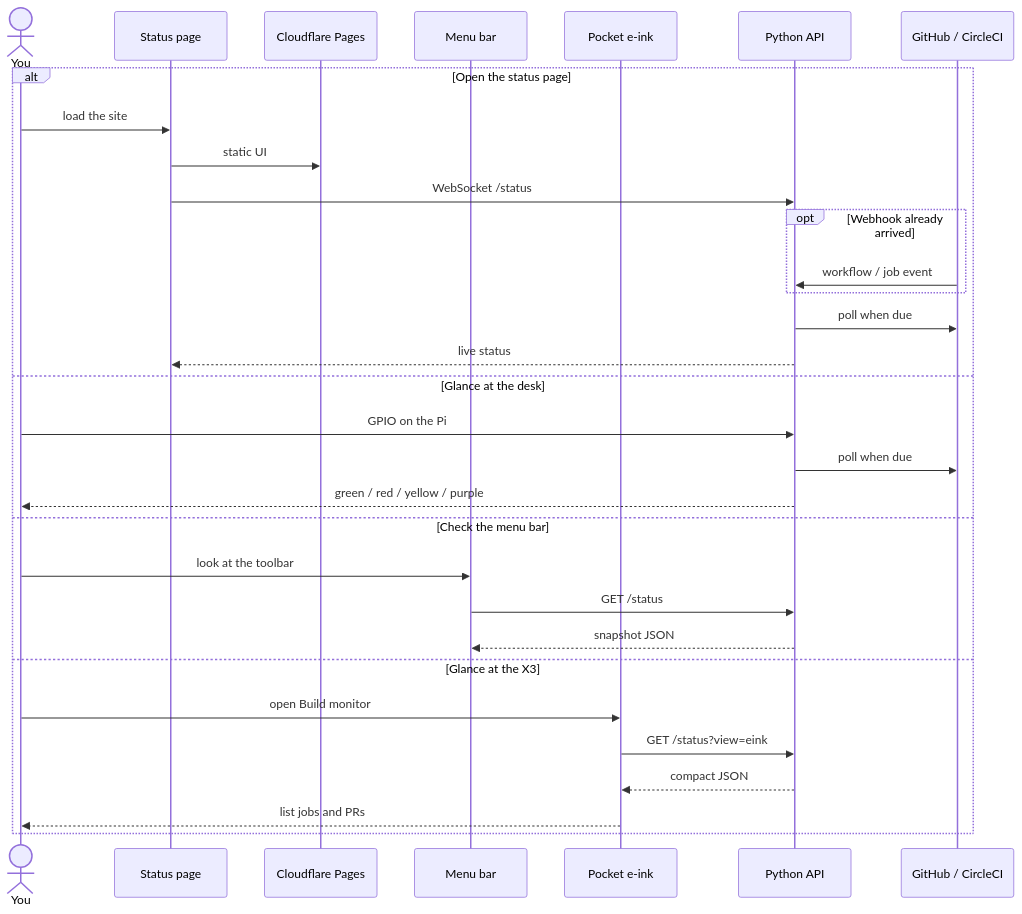
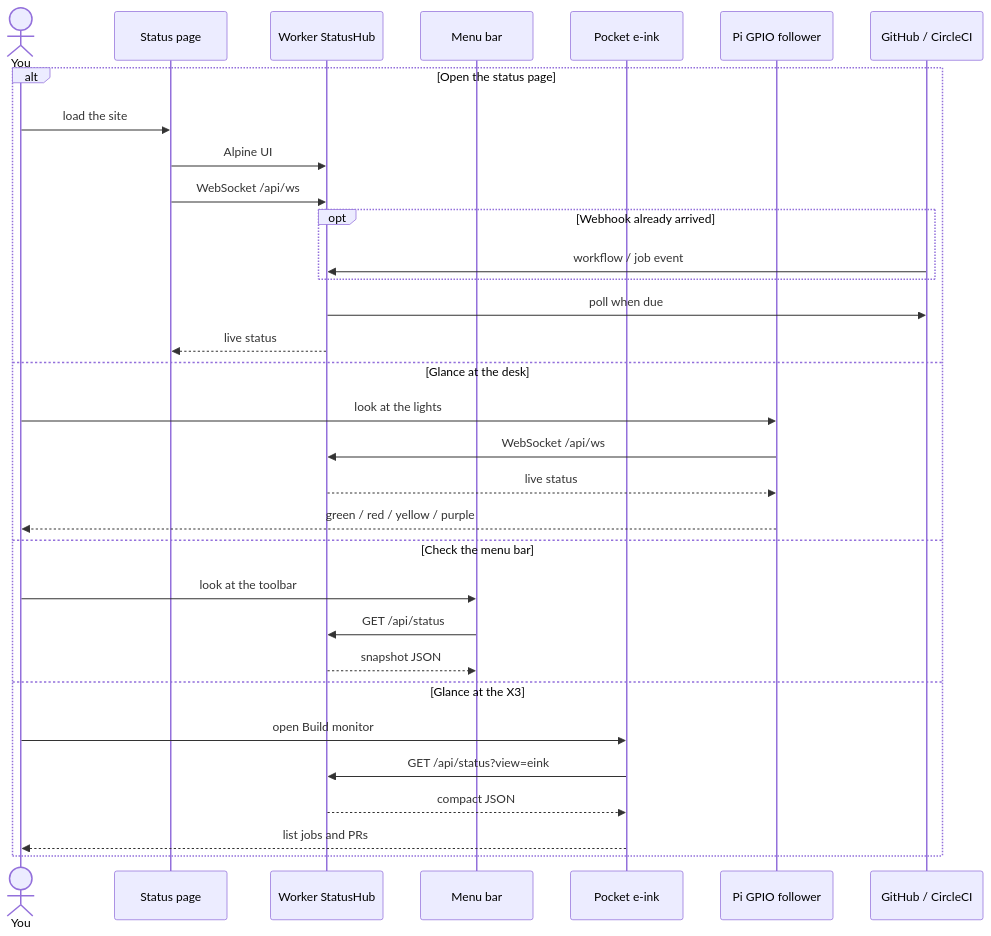
The second of 3 diagrams in README.md (mzworthington/gpio-build-monitor), drawn with Mermaid before and after one commit. The commit also changed other lines of this file and 15 other files, not shown here.

````diff
--- a/README.md
+++ b/README.md
@@ -54,34 +52,35 @@
 ```mermaid
 sequenceDiagram
   actor You
   participant Browser as Status page
-  participant Pages as Cloudflare Pages
+  participant Worker as Worker StatusHub
   participant Mac as Menu bar
   participant X3 as Pocket e-ink
-  participant API as Python API
+  participant Pi as Pi GPIO follower
   participant GH as GitHub / CircleCI
 
   alt Open the status page
     You->>Browser: load the site
-    Browser->>Pages: static UI
-    Browser->>API: WebSocket /status
+    Browser->>Worker: Alpine UI
+    Browser->>Worker: WebSocket /api/ws
     opt Webhook already arrived
-      GH->>API: workflow / job event
+      GH->>Worker: workflow / job event
     end
-    API->>GH: poll when due
-    API-->>Browser: live status
+    Worker->>GH: poll when due
+    Worker-->>Browser: live status
   else Glance at the desk
-    You->>API: GPIO on the Pi
-    API->>GH: poll when due
-    API-->>You: green / red / yellow / purple
+    You->>Pi: look at the lights
+    Pi->>Worker: WebSocket /api/ws
+    Worker-->>Pi: live status
+    Pi-->>You: green / red / yellow / purple
   else Check the menu bar
     You->>Mac: look at the toolbar
-    Mac->>API: GET /status
-    API-->>Mac: snapshot JSON
+    Mac->>Worker: GET /api/status
+    Worker-->>Mac: snapshot JSON
   else Glance at the X3
     You->>X3: open Build monitor
-    X3->>API: GET /status?view=eink
-    API-->>X3: compact JSON
+    X3->>Worker: GET /api/status?view=eink
+    Worker-->>X3: compact JSON
     X3-->>You: list jobs and PRs
   end
 ```
````
